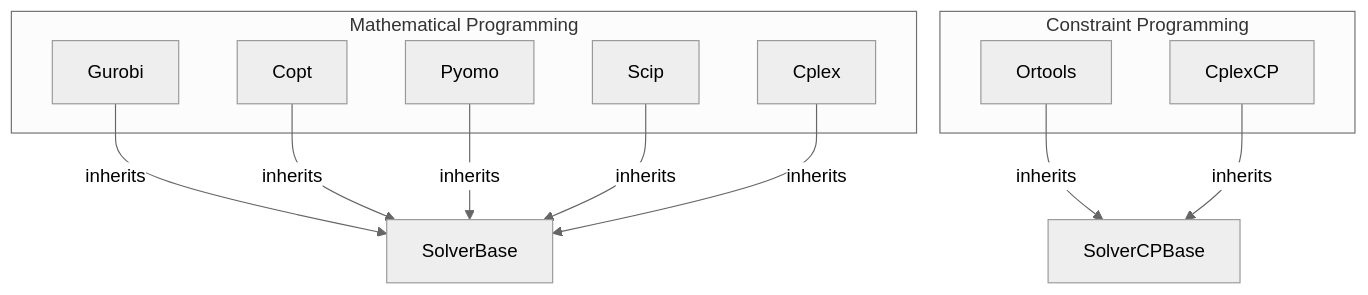
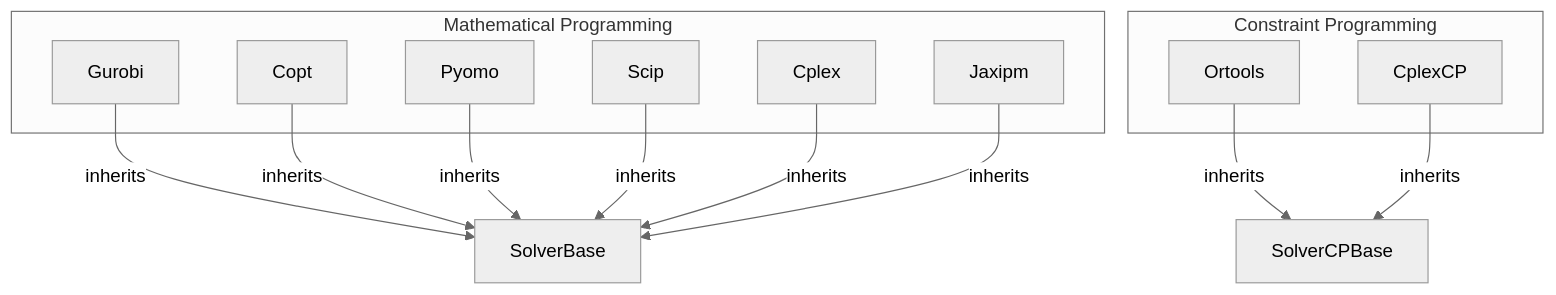
One commit to sharabhshukla/BendersLib changed the diagram in docs/source/manual/solvers.rst. Above: the diagram before and after it, drawn with Mermaid (neutral theme). The commit also changed other lines of this file and 19 other files, not shown here.

```diff
--- a/docs/source/manual/solvers.rst
+++ b/docs/source/manual/solvers.rst
@@ -324,25 +337,27 @@
 .. mermaid::
     :caption: Solver Interface Inheritance Diagram
     :align: center
 
     flowchart TB
         subgraph "Mathematical Programming"
             Gurobi
             Copt
             Pyomo
             Scip
             Cplex
+            Jaxipm
         end
 
         subgraph "Constraint Programming"
             Ortools
             CplexCP
         end
 
         Gurobi -- inherits --> SolverBase
         Copt -- inherits --> SolverBase
         Pyomo -- inherits --> SolverBase
         Scip -- inherits --> SolverBase
         Cplex -- inherits --> SolverBase
+        Jaxipm -- inherits --> SolverBase
         Ortools -- inherits --> SolverCPBase
         CplexCP -- inherits --> SolverCPBase
```
